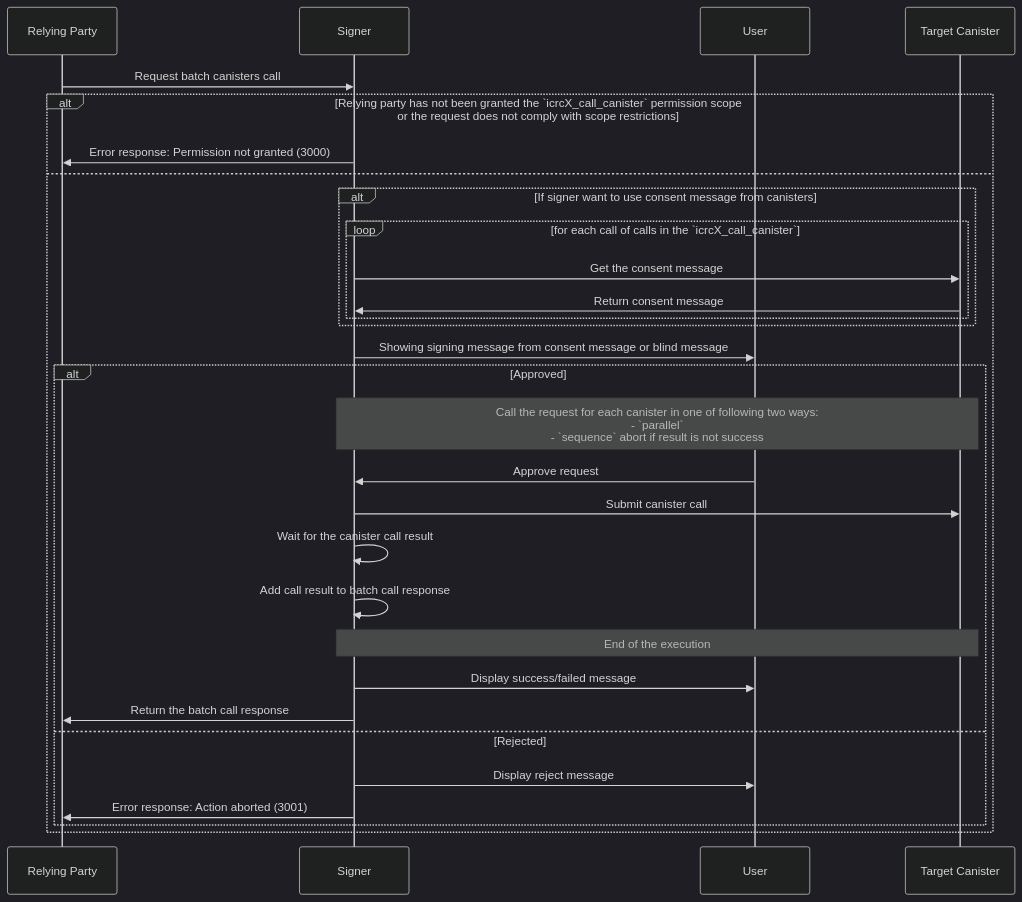
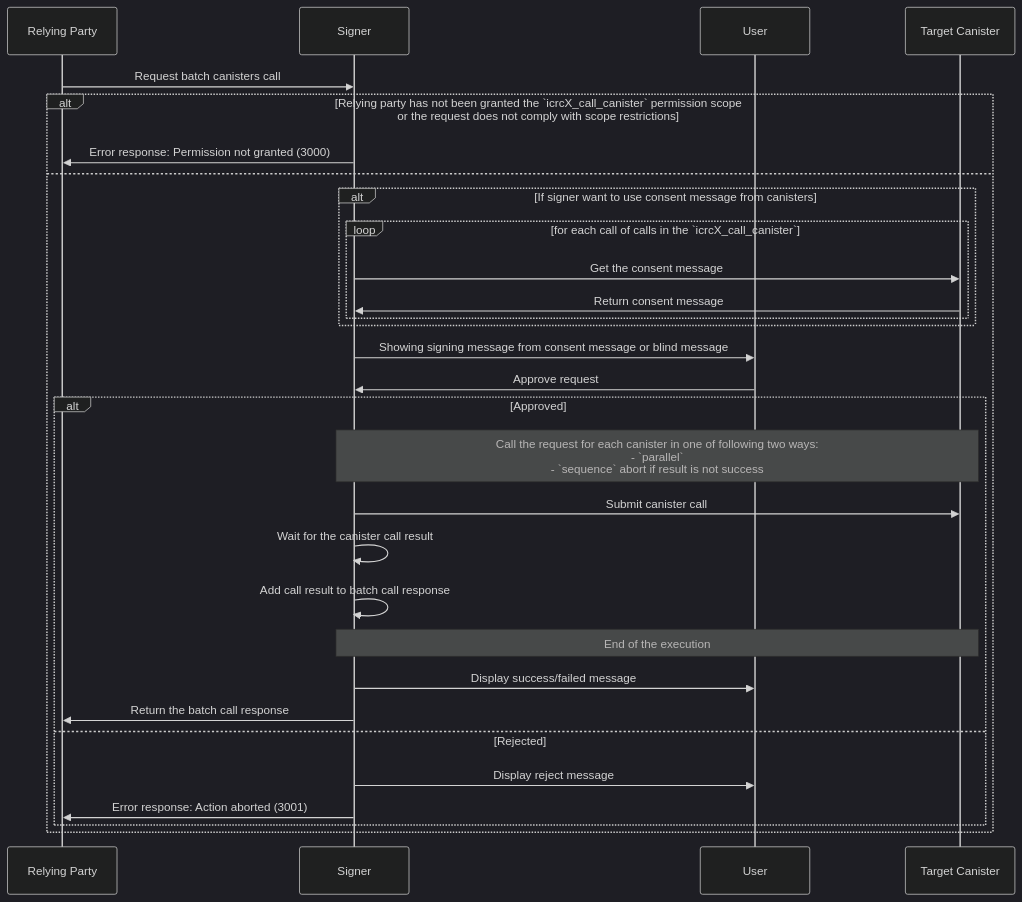
Before and after one commit to dfinity/wg-identity-authentication: the diagram in topics/icrc_X_multiple_canister_call.md, drawn with Mermaid (dark theme).

````diff
--- a/topics/icrc_X_multiple_canister_call.md
+++ b/topics/icrc_X_multiple_canister_call.md
@@ -45,41 +45,41 @@
 ```mermaid
 sequenceDiagram
     participant RP as Relying Party
     participant S as Signer
     participant U as User
     participant C as Target Canister
 
     RP ->> S: Request batch canisters call
     alt Relying party has not been granted the `icrcX_call_canister` permission scope<br>or the request does not comply with scope restrictions
         S ->> RP: Error response: Permission not granted (3000)
     else
 
         alt If signer want to use consent message from canisters
             loop for each call of calls in the `icrcX_call_canister`
                 S ->> C: Get the consent message
                 C ->> S: Return consent message
             end
         end
 
         S ->> U: Showing signing message from consent message or blind message
-
+        U ->> S: Approve request
 
         alt Approved
 
             Note over S,C: Call the request for each canister in one of following two ways: <br/> - `parallel` <br /> - `sequence` abort if result is not success
                 %% this is a comment 
-                U ->> S: Approve request
+                
                 S ->> C: Submit canister call
                 S ->> S: Wait for the canister call result
                 S ->> S: Add call result to batch call response
             Note over S,C: End of the execution
         
         S ->> U: Display success/failed message
         S ->> RP: Return the batch call response
             
         else Rejected
              S ->> U: Display reject message
             S ->> RP: Error response: Action aborted (3001)
         end
     end
 ```
````
